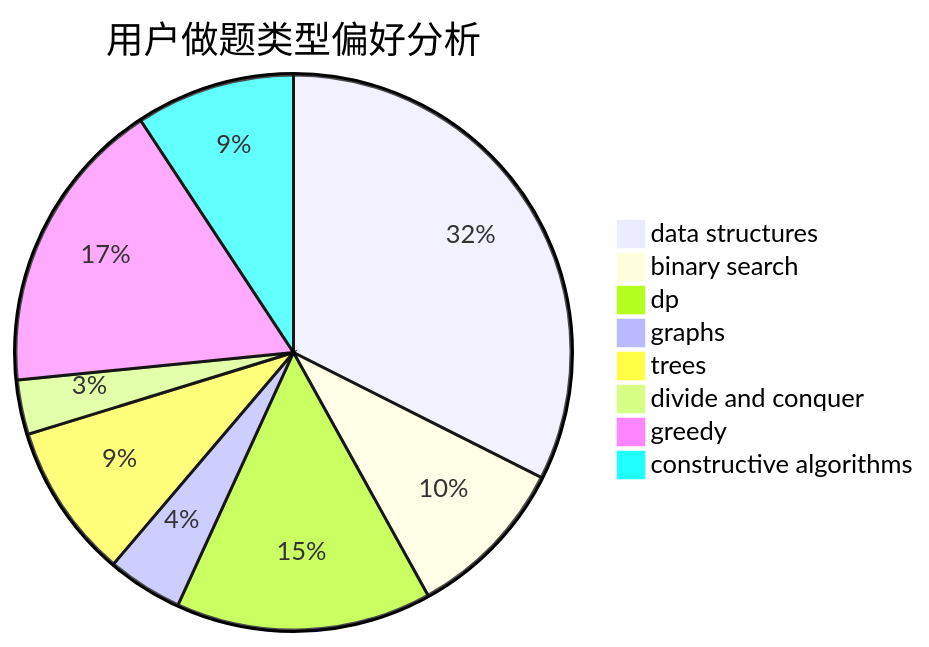
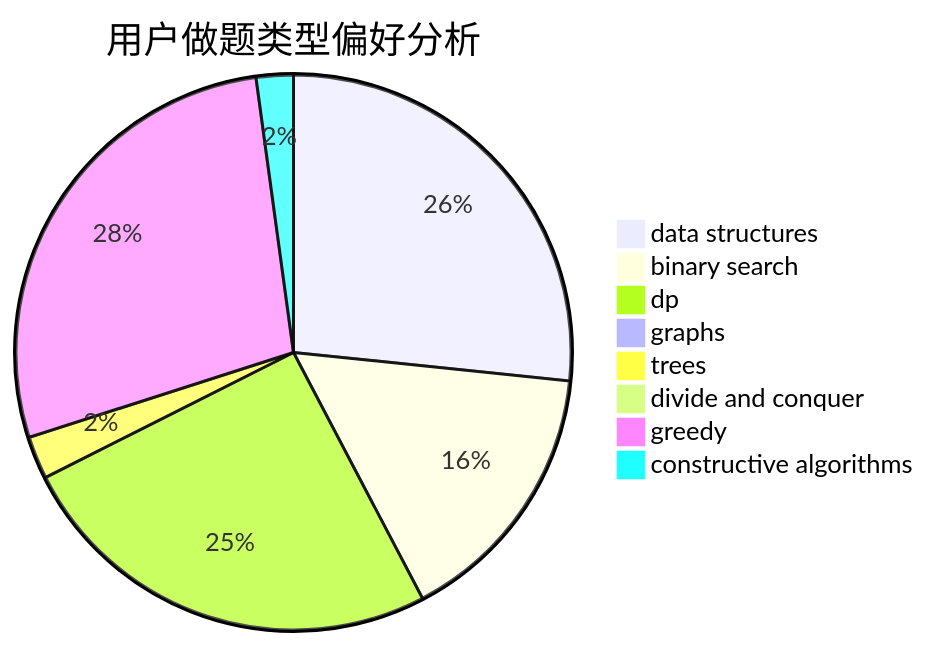
One commit to sherpahu/cfrs.github.io changed the second of 3 diagrams in docs/user/u1074.md. Above: the diagram before and after it, drawn with Mermaid. The commit also changed other lines of this file and 2770 other files, not shown here.

````diff
--- a/docs/user/u1074.md
+++ b/docs/user/u1074.md
@@ -23,11 +23,11 @@
 ```mermaid
 pie title 用户做题类型偏好分析
-    "data structures" :  133
-    "binary search" :  39
-    "dp" :  61
-    "graphs" :  18
-    "trees" :  37
-    "divide and conquer" :  13
-    "greedy" :  71
-    "constructive algorithms" :  38
+    "data structures" :  814
+    "binary search" :  479
+    "dp" :  772
+    "graphs" :  17
+    "trees" :  76
+    "divide and conquer" :  0
+    "greedy" :  849
+    "constructive algorithms" :  66
 ```
````
